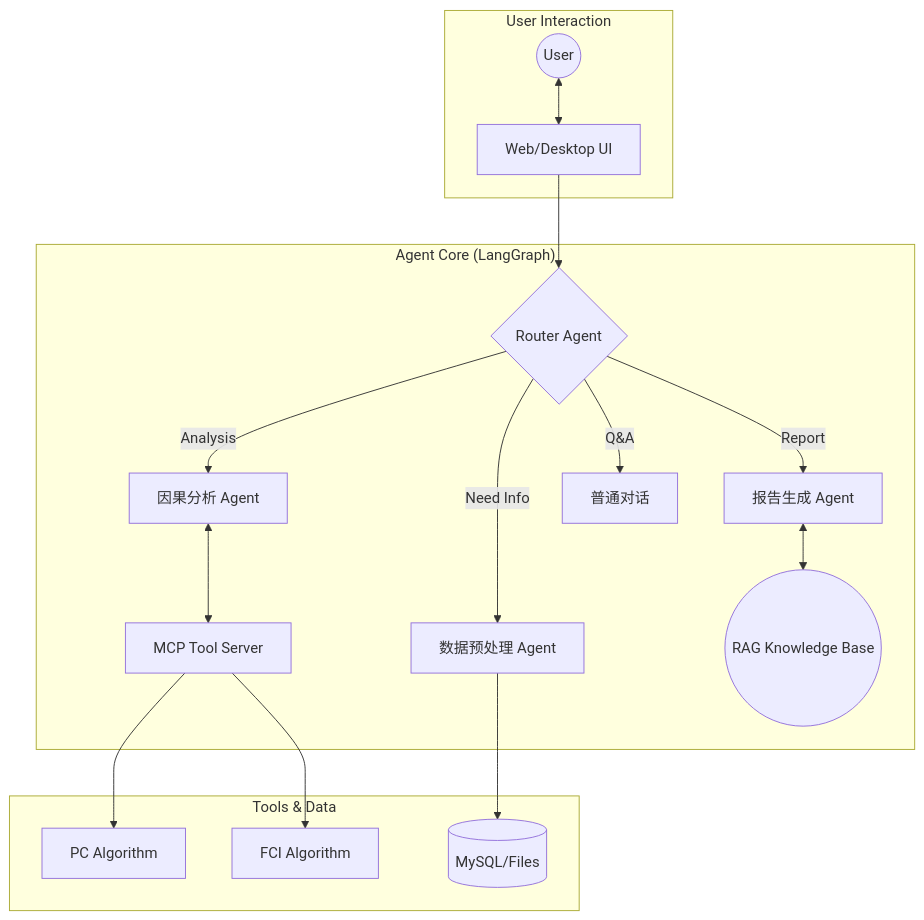
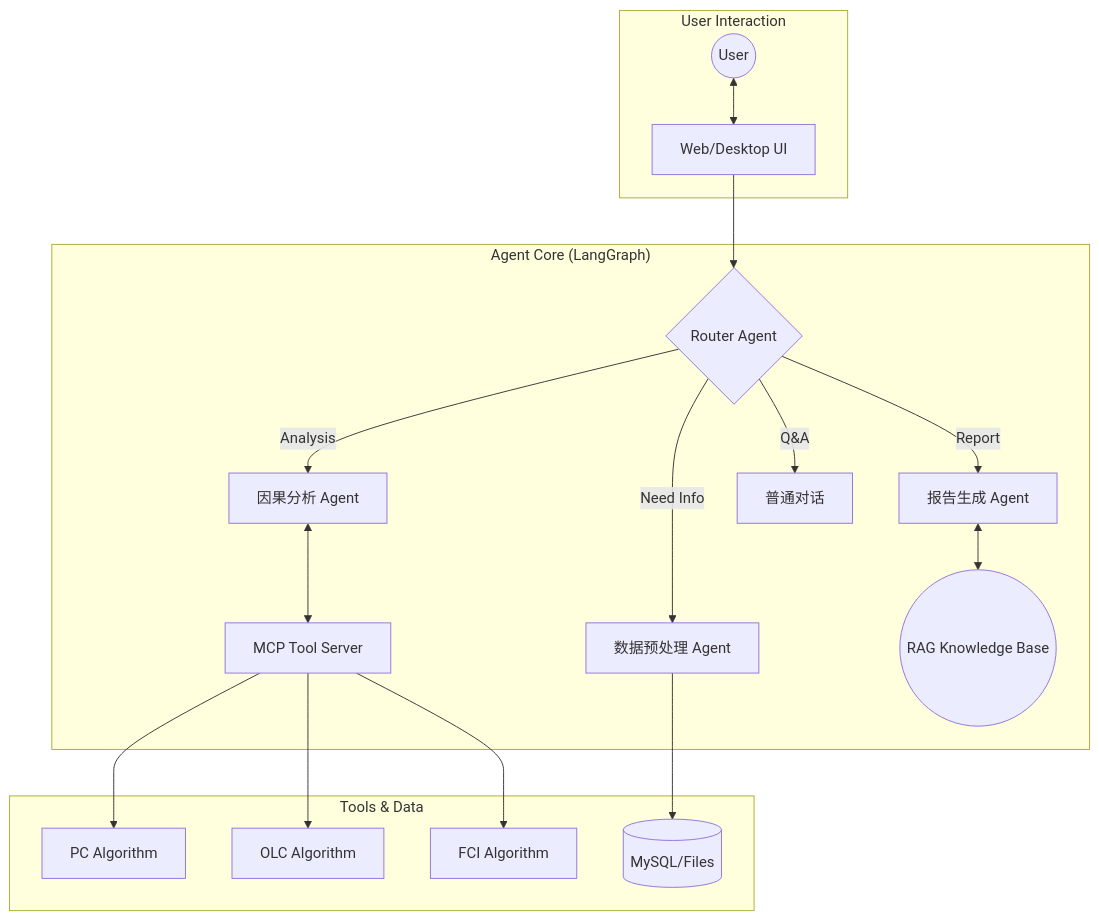
Before and after one commit to Heyflyingpig/CausalAgent: the diagram in README.md, drawn with Mermaid. The commit also changed other lines of this file and 10 other files, not shown here.

````diff
--- a/README.md
+++ b/README.md
@@ -105,24 +105,25 @@
 ```mermaid
 graph TD;
     subgraph "User Interaction"
         Human((User)) <--> UI[Web/Desktop UI]
     end
 
     subgraph "Agent Core (LangGraph)"
         UI --> Router{Router Agent}
         Router -->|Need Info| Pre[数据预处理 Agent]
         Router -->|Analysis| Causal[因果分析 Agent]
         Router -->|Report| Writer[报告生成 Agent]
         Router -->|Q&A| Chat[普通对话]
 
         Causal <--> MCP[MCP Tool Server]
         Writer <--> RAG((RAG Knowledge Base))
     end
 
     subgraph "Tools & Data"
         MCP --> PC[PC Algorithm]
+        MCP --> OLC[OLC Algorithm]
         MCP --> FCI[FCI Algorithm]
         Pre --> Data[(MySQL/Files)]
     end
 
 ```
````
